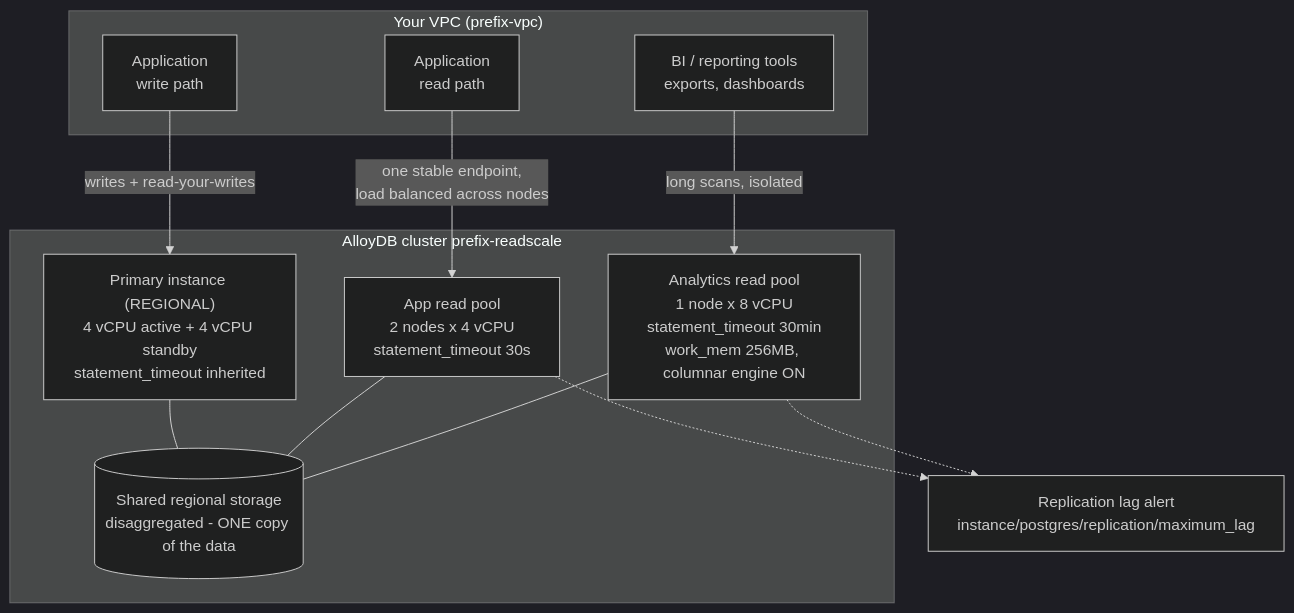
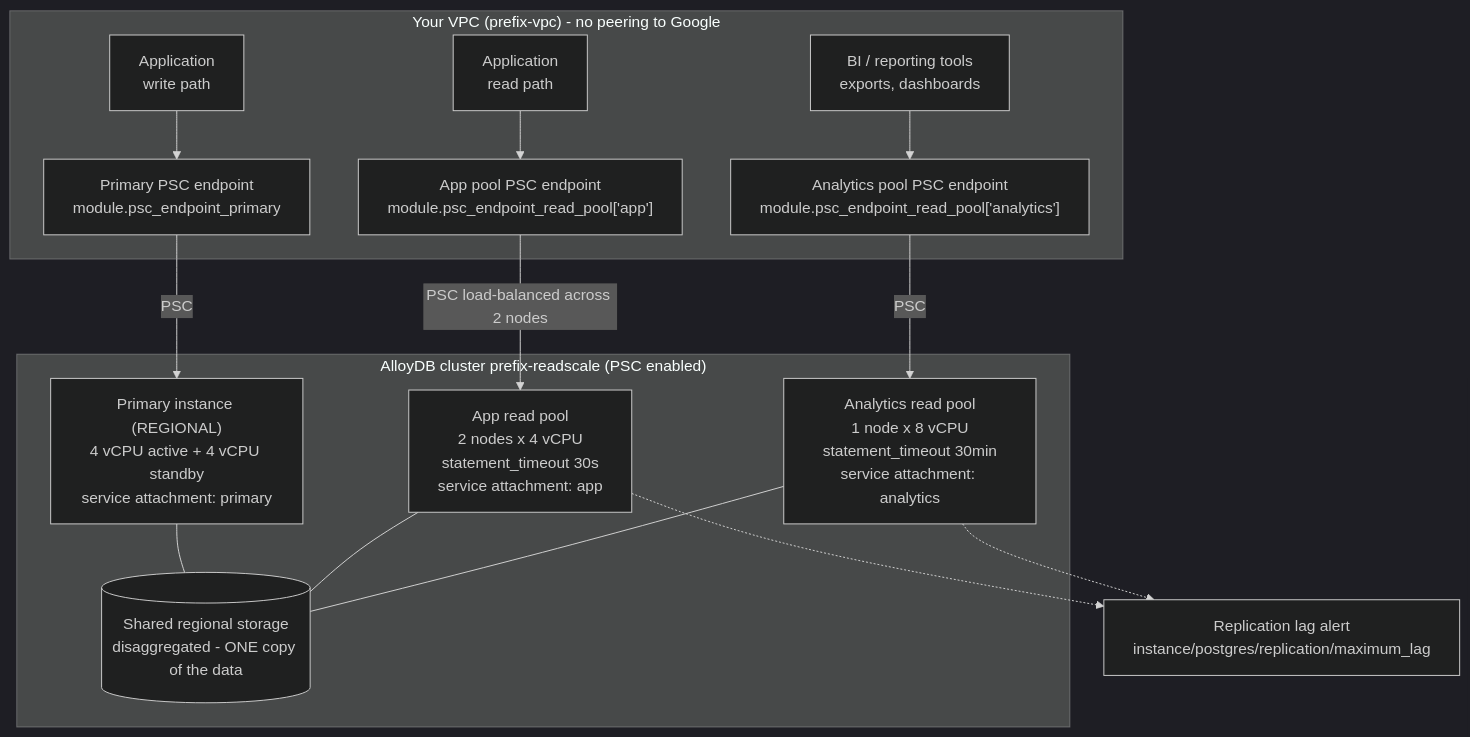
The diagram in terraform/examples/03-read-pool-scaling/README.md (kkmbryan/alloydb-sharing-workshop), drawn with Mermaid (dark theme) before and after one commit. The commit also changed other lines of this file and 36 other files, not shown here.

````diff
--- a/terraform/examples/03-read-pool-scaling/README.md
+++ b/terraform/examples/03-read-pool-scaling/README.md
@@ -53,28 +56,36 @@
 ```mermaid
 flowchart TB
-  subgraph vpc["Your VPC (prefix-vpc)"]
+  subgraph vpc["Your VPC (prefix-vpc) - no peering to Google"]
     writer["Application<br/>write path"]
     reader["Application<br/>read path"]
     bi["BI / reporting tools<br/>exports, dashboards"]
+
+    ep_primary["Primary PSC endpoint<br/>module.psc_endpoint_primary"]
+    ep_app["App pool PSC endpoint<br/>module.psc_endpoint_read_pool['app']"]
+    ep_ana["Analytics pool PSC endpoint<br/>module.psc_endpoint_read_pool['analytics']"]
+
+    writer --> ep_primary
+    reader --> ep_app
+    bi --> ep_ana
   end
 
-  subgraph cluster["AlloyDB cluster prefix-readscale"]
+  subgraph cluster["AlloyDB cluster prefix-readscale (PSC enabled)"]
     storage[("Shared regional storage<br/>disaggregated - ONE copy of the data")]
 
-    primary["Primary instance (REGIONAL)<br/>4 vCPU active + 4 vCPU standby<br/>statement_timeout inherited"]
-    apppool["App read pool<br/>2 nodes x 4 vCPU<br/>statement_timeout 30s"]
-    anapool["Analytics read pool<br/>1 node x 8 vCPU<br/>statement_timeout 30min<br/>work_mem 256MB, columnar engine ON"]
+    primary["Primary instance (REGIONAL)<br/>4 vCPU active + 4 vCPU standby<br/>service attachment: primary"]
+    apppool["App read pool<br/>2 nodes x 4 vCPU<br/>statement_timeout 30s<br/>service attachment: app"]
+    anapool["Analytics read pool<br/>1 node x 8 vCPU<br/>statement_timeout 30min<br/>service attachment: analytics"]
 
     primary --- storage
     apppool --- storage
     anapool --- storage
   end
 
-  writer -->|"writes + read-your-writes"| primary
-  reader -->|"one stable endpoint,<br/>load balanced across nodes"| apppool
-  bi -->|"long scans, isolated"| anapool
+  ep_primary -->|"PSC"| primary
+  ep_app -->|"PSC load-balanced across 2 nodes"| apppool
+  ep_ana -->|"PSC"| anapool
 
   lag["Replication lag alert<br/>instance/postgres/replication/maximum_lag"]
   apppool -.-> lag
   anapool -.-> lag
 ```
````
